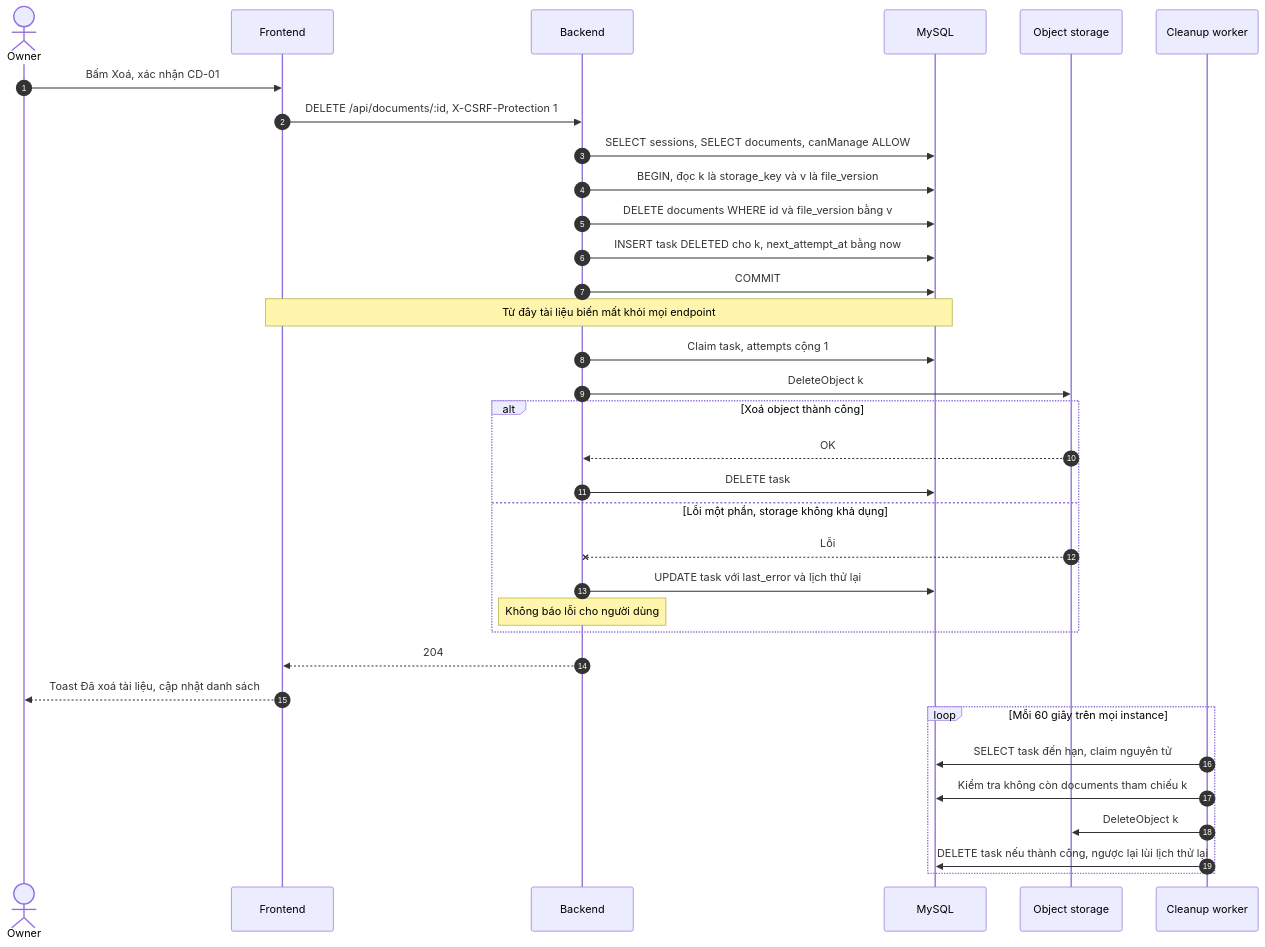
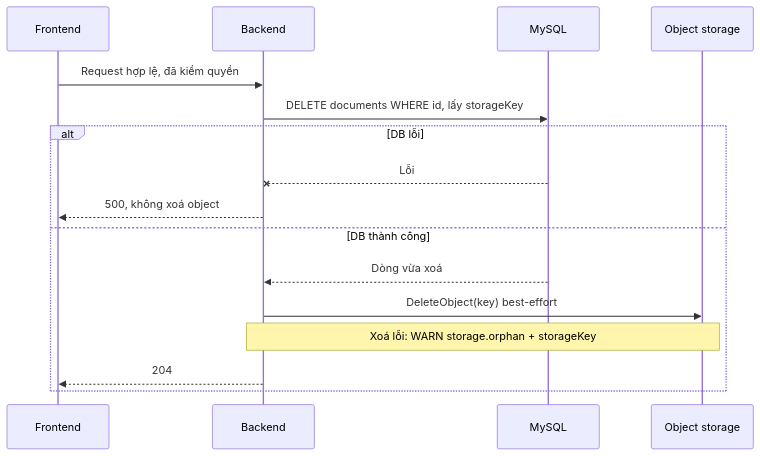
Before and after one commit to august0362/btl_cloud: diagram 38 of 38 in docs/ARCHITECTURE.md, drawn with Mermaid. The commit also changed other lines of this file and 1 other file, not shown here.

````diff
--- a/docs/ARCHITECTURE.md
+++ b/docs/ARCHITECTURE.md
@@ -2421,36 +2209,18 @@
 ```mermaid
 sequenceDiagram
-  autonumber
-  actor U as Owner
   participant FE as Frontend
   participant BE as Backend
   participant DB as MySQL
   participant OS as Object storage
-  participant W as Cleanup worker
-  U->>FE: Bấm Xoá, xác nhận CD-01
-  FE->>BE: DELETE /api/documents/:id, X-CSRF-Protection 1
-  BE->>DB: SELECT sessions, SELECT documents, canManage ALLOW
-  BE->>DB: BEGIN, đọc k là storage_key và v là file_version
-  BE->>DB: DELETE documents WHERE id và file_version bằng v
-  BE->>DB: INSERT task DELETED cho k, next_attempt_at bằng now
-  BE->>DB: COMMIT
-  Note over FE,DB: Từ đây tài liệu biến mất khỏi mọi endpoint
-  BE->>DB: Claim task, attempts cộng 1
-  BE->>OS: DeleteObject k
-  alt Xoá object thành công
-    OS-->>BE: OK
-    BE->>DB: DELETE task
-  else Lỗi một phần, storage không khả dụng
-    OS--xBE: Lỗi
-    BE->>DB: UPDATE task với last_error và lịch thử lại
-    Note over BE: Không báo lỗi cho người dùng
-  end
-  BE-->>FE: 204
-  FE-->>U: Toast Đã xoá tài liệu, cập nhật danh sách
-  loop Mỗi 60 giây trên mọi instance
-    W->>DB: SELECT task đến hạn, claim nguyên tử
-    W->>DB: Kiểm tra không còn documents tham chiếu k
-    W->>OS: DeleteObject k
-    W->>DB: DELETE task nếu thành công, ngược lại lùi lịch thử lại
+  FE->>BE: Request hợp lệ, đã kiểm quyền
+  BE->>DB: DELETE documents WHERE id, lấy storageKey
+  alt DB lỗi
+    DB--xBE: Lỗi
+    BE-->>FE: 500, không xoá object
+  else DB thành công
+    DB-->>BE: Dòng vừa xoá
+    BE->>OS: DeleteObject(key) best-effort
+    Note over BE,OS: Xoá lỗi: WARN storage.orphan + storageKey
+    BE-->>FE: 204
   end
 ```
````
